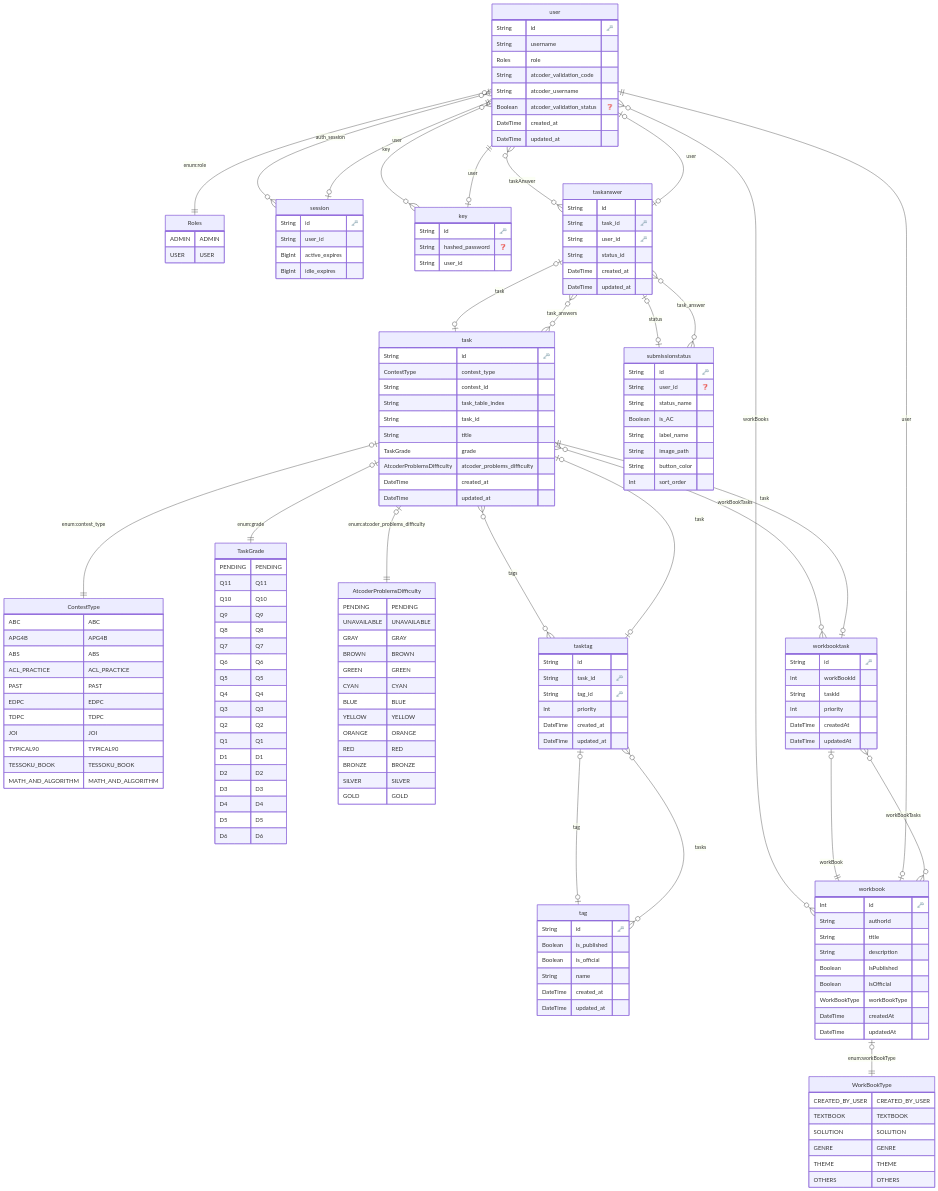
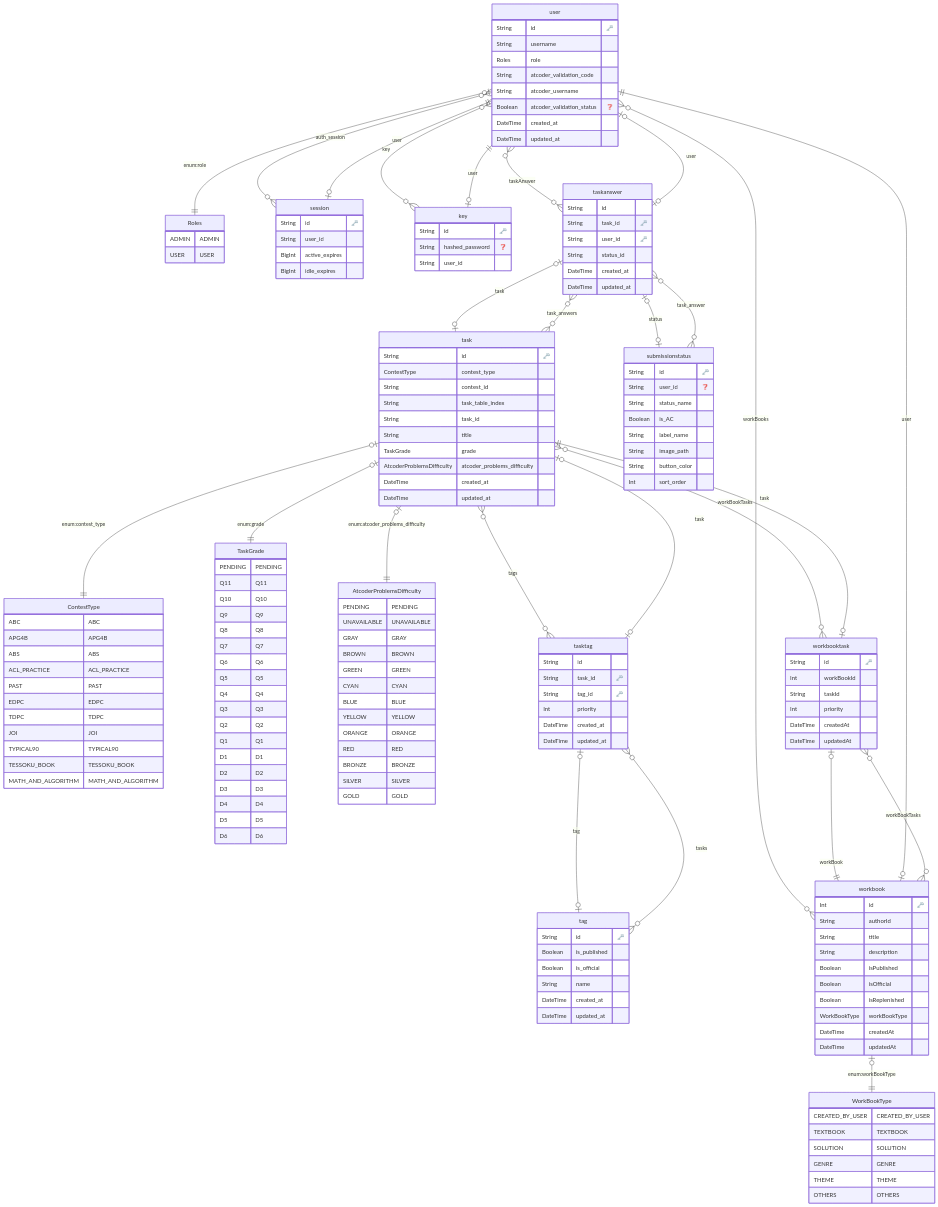
The diagram in prisma/ERD.md (AtCoder-NoviSteps/AtCoderNoviSteps), drawn with Mermaid before and after one commit. The commit also changed 4 other files, not shown here.

```diff
--- a/prisma/ERD.md
+++ b/prisma/ERD.md
@@ -164,6 +164,7 @@
     String description 
     Boolean isPublished 
     Boolean isOfficial 
+    Boolean isReplenished 
     WorkBookType workBookType 
     DateTime createdAt 
     DateTime updatedAt 
```
